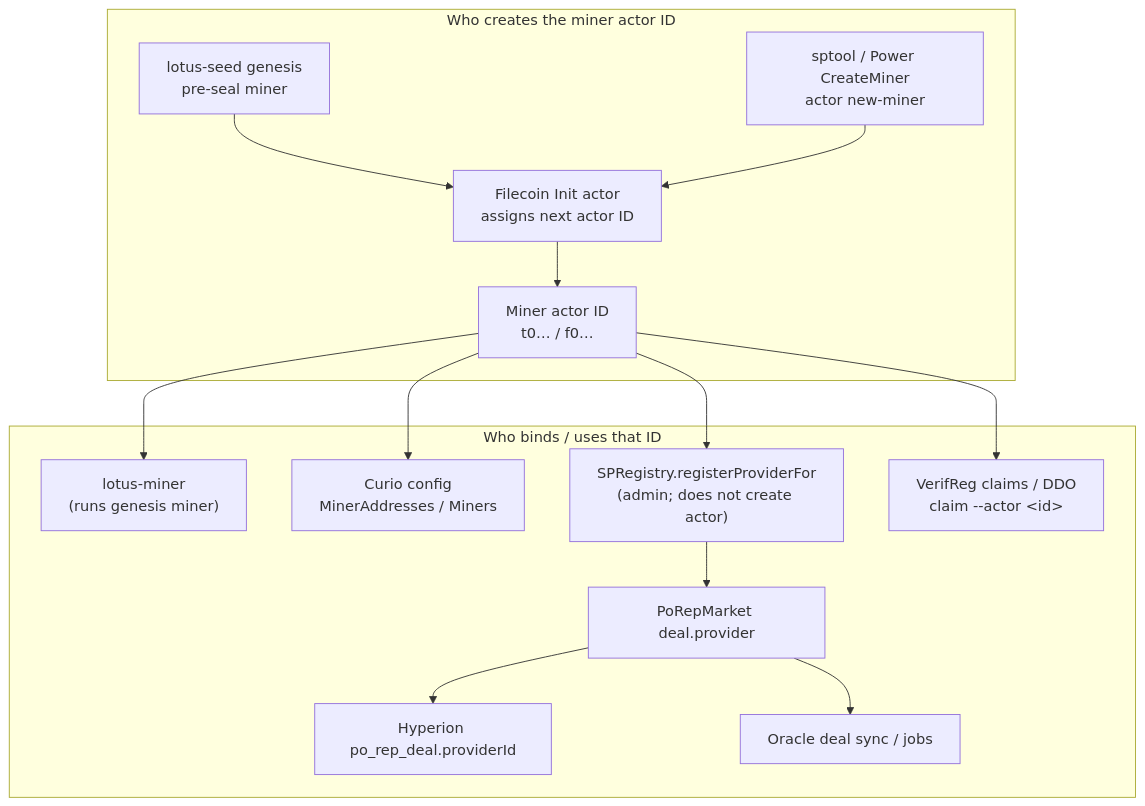
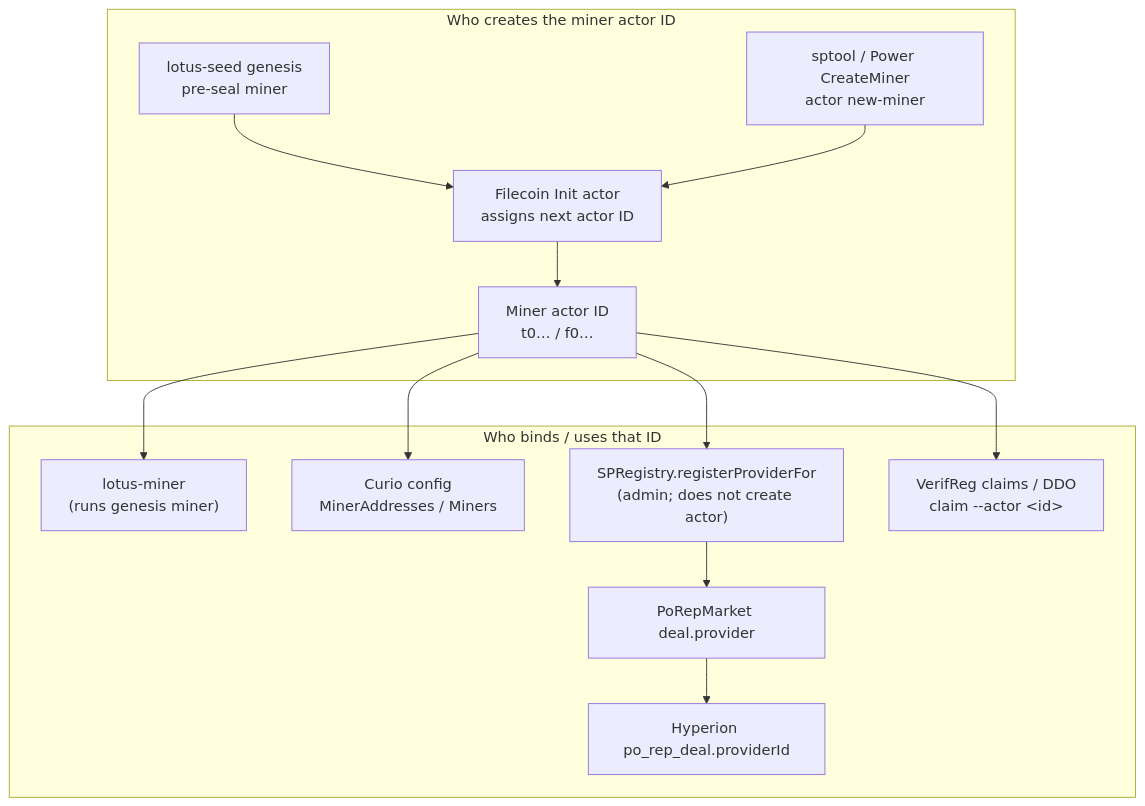
One commit to fidlabs/FCSS-devnet changed the sixth of 12 diagrams in ARCHITECTURE.md. Above: the diagram before and after it, drawn with Mermaid. The commit also changed other lines of this file and 28 other files, not shown here.

````diff
--- a/ARCHITECTURE.md
+++ b/ARCHITECTURE.md
@@ -344,29 +328,27 @@
 ```mermaid
 flowchart TB
   subgraph Allocate["Who creates the miner actor ID"]
     Genesis["lotus-seed genesis<br/>pre-seal miner"]
     NewMiner["sptool / Power CreateMiner<br/>actor new-miner"]
     Init["Filecoin Init actor<br/>assigns next actor ID"]
     Genesis --> Init
     NewMiner --> Init
     Init --> MinerID["Miner actor ID<br/>t0… / f0…"]
   end
 
   subgraph Bind["Who binds / uses that ID"]
     LotusMiner["lotus-miner<br/>(runs genesis miner)"]
     CurioCfg["Curio config<br/>MinerAddresses / Miners"]
     Registry["SPRegistry.registerProviderFor<br/>(admin; does not create actor)"]
     Market["PoRepMarket deal.provider"]
     Claims["VerifReg claims / DDO<br/>claim --actor &lt;id&gt;"]
     HyperionIdx["Hyperion po_rep_deal.providerId"]
-    OracleJobs["Oracle deal sync / jobs"]
   end
 
   MinerID --> LotusMiner
   MinerID --> CurioCfg
   MinerID --> Registry
   Registry --> Market
   MinerID --> Claims
   Market --> HyperionIdx
-  Market --> OracleJobs
 ```
````
